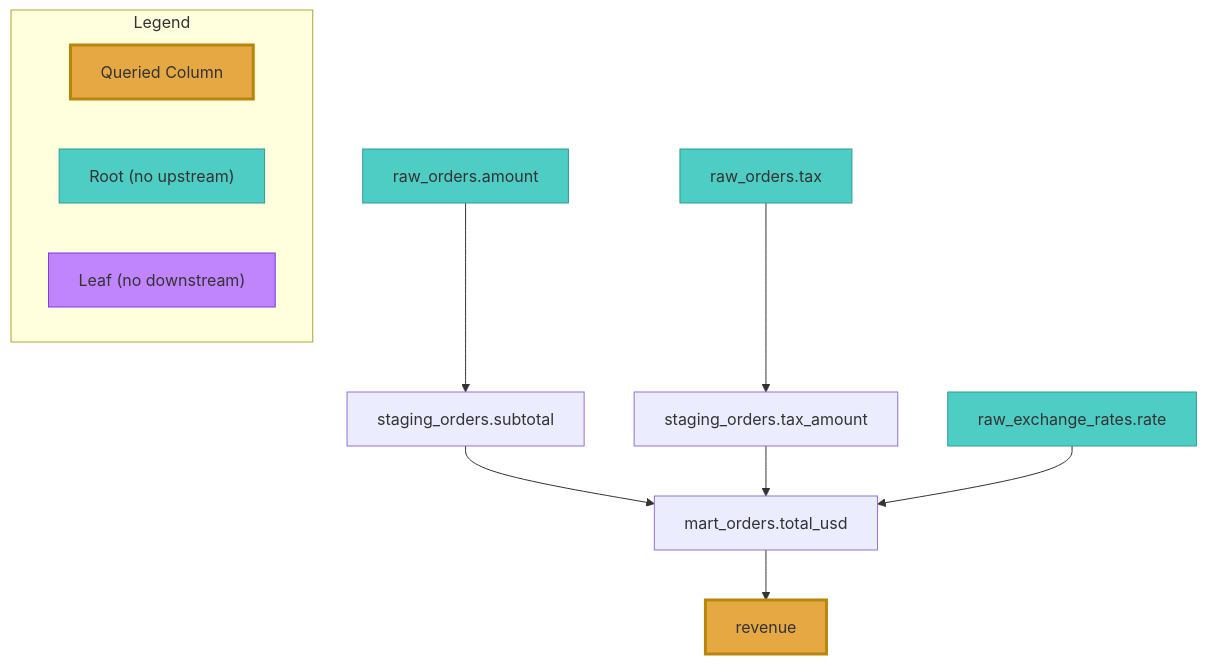
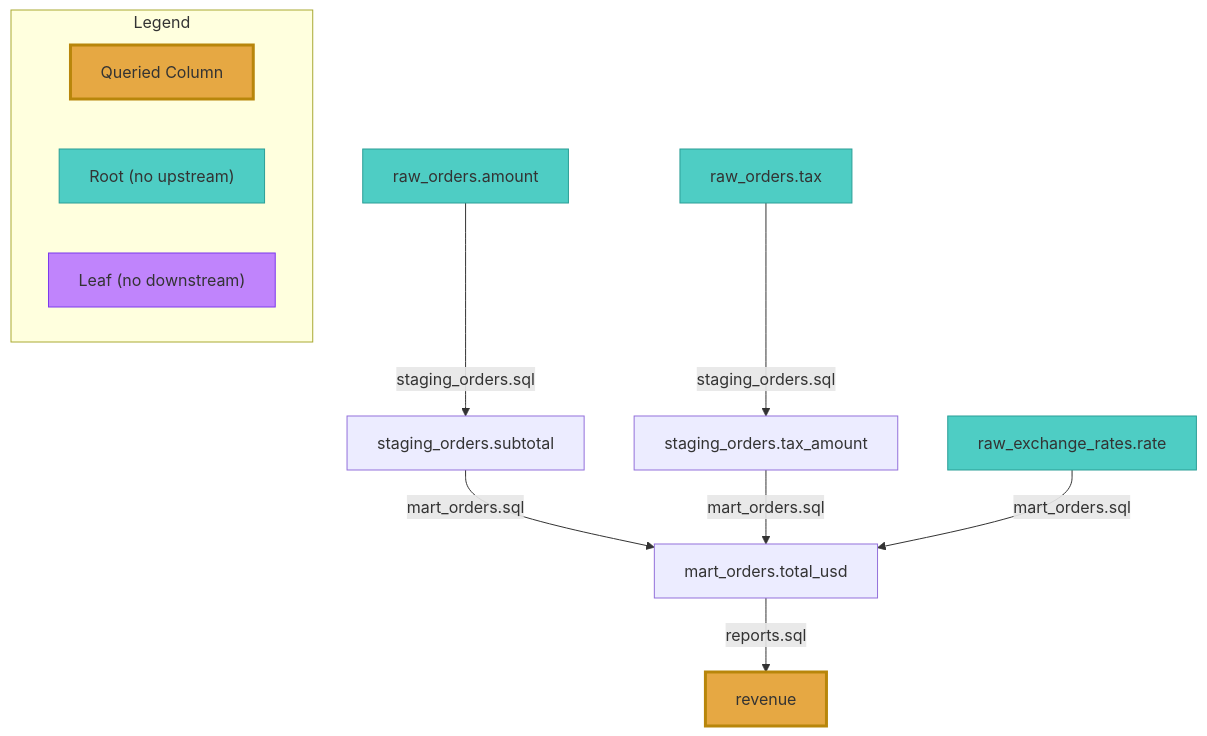
The diagram in docs/docs/graph-lineage.md (rycowhi/sql-glider), drawn with Mermaid before and after one commit. The commit also changed other lines of this file and 4 other files, not shown here.

Commit message:
Add edge annotation on mermaid diagrams

````diff
--- a/docs/docs/graph-lineage.md
+++ b/docs/docs/graph-lineage.md
@@ -271,30 +273,30 @@
 ```mermaid
 flowchart TD
     raw_orders_amount["raw_orders.amount"]
     raw_orders_tax["raw_orders.tax"]
     raw_exchange_rates_rate["raw_exchange_rates.rate"]
     staging_orders_subtotal["staging_orders.subtotal"]
     staging_orders_tax_amount["staging_orders.tax_amount"]
     mart_orders_total_usd["mart_orders.total_usd"]
     revenue["revenue"]
-    raw_orders_amount --> staging_orders_subtotal
-    raw_orders_tax --> staging_orders_tax_amount
-    staging_orders_subtotal --> mart_orders_total_usd
-    staging_orders_tax_amount --> mart_orders_total_usd
-    raw_exchange_rates_rate --> mart_orders_total_usd
-    mart_orders_total_usd --> revenue
+    raw_orders_amount -->|staging_orders.sql| staging_orders_subtotal
+    raw_orders_tax -->|staging_orders.sql| staging_orders_tax_amount
+    staging_orders_subtotal -->|mart_orders.sql| mart_orders_total_usd
+    staging_orders_tax_amount -->|mart_orders.sql| mart_orders_total_usd
+    raw_exchange_rates_rate -->|mart_orders.sql| mart_orders_total_usd
+    mart_orders_total_usd -->|reports.sql| revenue
 
     style revenue fill:#e6a843,stroke:#b8860b,stroke-width:3px
     style raw_orders_amount fill:#4ecdc4,stroke:#2b9e96
     style raw_orders_tax fill:#4ecdc4,stroke:#2b9e96
     style raw_exchange_rates_rate fill:#4ecdc4,stroke:#2b9e96
 
     subgraph Legend
         legend_queried["Queried Column"]
         legend_root["Root (no upstream)"]
         legend_leaf["Leaf (no downstream)"]
     end
     style legend_queried fill:#e6a843,stroke:#b8860b,stroke-width:3px
     style legend_root fill:#4ecdc4,stroke:#2b9e96
     style legend_leaf fill:#c084fc,stroke:#7c3aed
 ```
````
